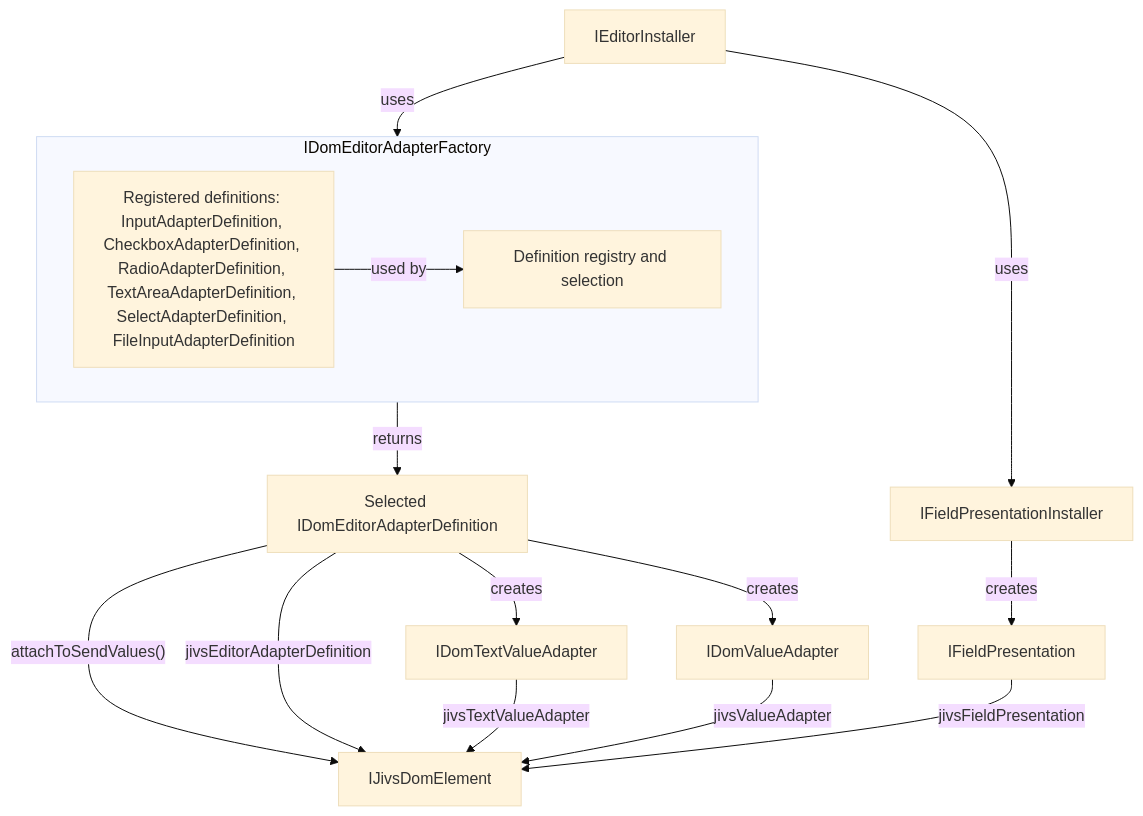
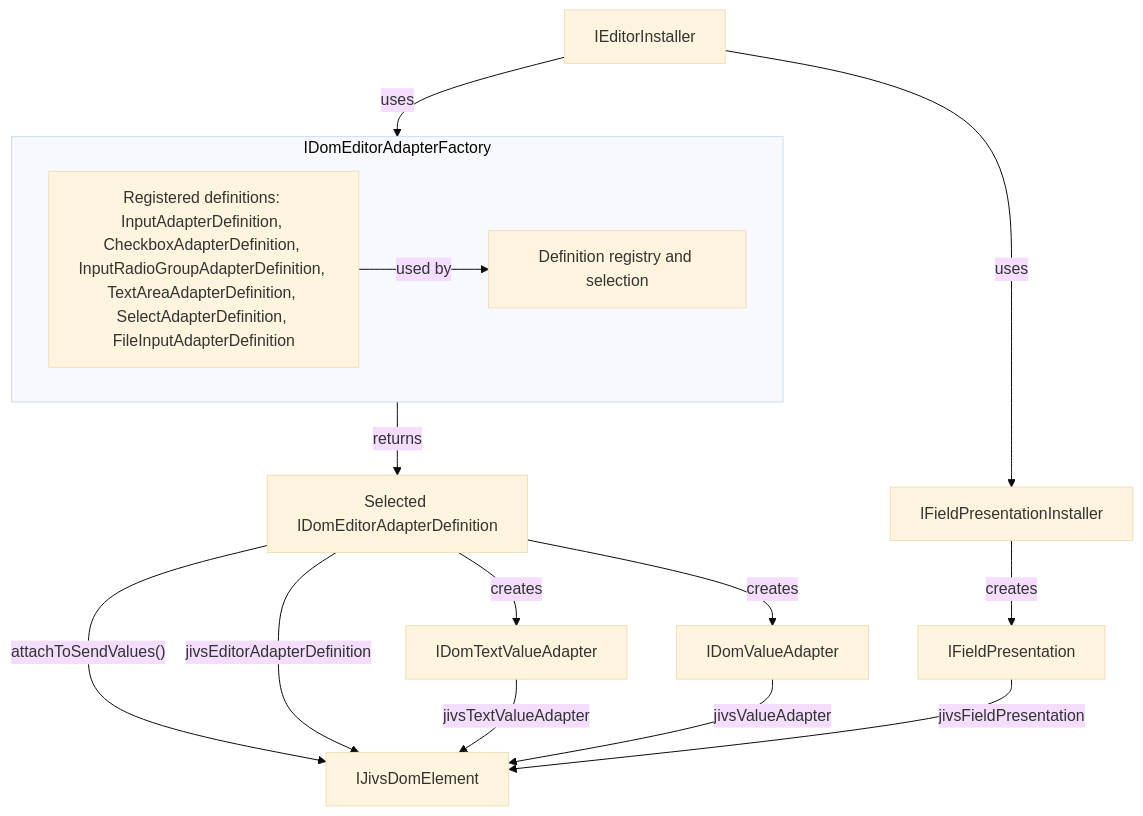
One commit to plblum/jivs changed the second of 6 diagrams in planning/Jivs-DOM_Implementation_Design.md. Above: the diagram before and after it, drawn with Mermaid (base theme). The commit also changed other lines of this file, not shown here.

````diff
--- a/planning/Jivs-DOM_Implementation_Design.md
+++ b/planning/Jivs-DOM_Implementation_Design.md
@@ -75,35 +75,35 @@
 ```mermaid
 flowchart TB
     INSTALLER["IEditorInstaller"]
     DEFINITION["Selected IDomEditorAdapterDefinition"]
     PRESENTATION_INSTALLER["IFieldPresentationInstaller"]
 
     subgraph FACTORY["IDomEditorAdapterFactory"]
         direction LR
 
-        REGISTERED["Registered definitions: InputAdapterDefinition, CheckboxAdapterDefinition, RadioAdapterDefinition, TextAreaAdapterDefinition, SelectAdapterDefinition, FileInputAdapterDefinition"]
+        REGISTERED["Registered definitions: InputAdapterDefinition, CheckboxAdapterDefinition, InputRadioGroupAdapterDefinition, TextAreaAdapterDefinition, SelectAdapterDefinition, FileInputAdapterDefinition"]
         FACTORY_API["Definition registry and selection"]
 
         REGISTERED -->|"used by"| FACTORY_API
     end
 
     ELEMENT["IJivsDomElement"]
     TEXT_ADAPTER["IDomTextValueAdapter"]
     VALUE_ADAPTER["IDomValueAdapter"]
     PRESENTATION["IFieldPresentation"]
 
     INSTALLER -->|"uses"| FACTORY
     FACTORY -->|"returns"| DEFINITION
     INSTALLER -->|"uses"| PRESENTATION_INSTALLER
 
     DEFINITION -->|"creates"| TEXT_ADAPTER
     DEFINITION -->|"creates"| VALUE_ADAPTER
     DEFINITION -->|"attachToSendValues()"| ELEMENT
 
     DEFINITION -->|"jivsEditorAdapterDefinition"| ELEMENT
     TEXT_ADAPTER -->|"jivsTextValueAdapter"| ELEMENT
     VALUE_ADAPTER -->|"jivsValueAdapter"| ELEMENT
 
     PRESENTATION_INSTALLER -->|"creates"| PRESENTATION
     PRESENTATION -->|"jivsFieldPresentation"| ELEMENT
 ```
````
